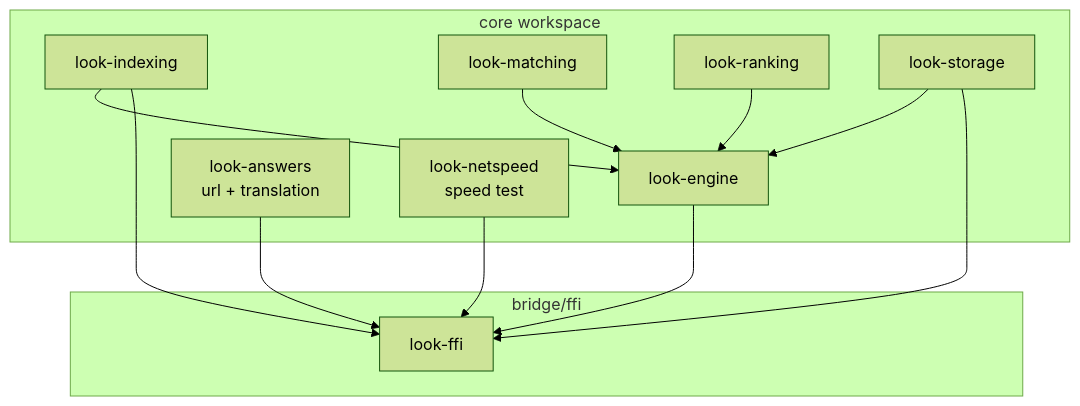
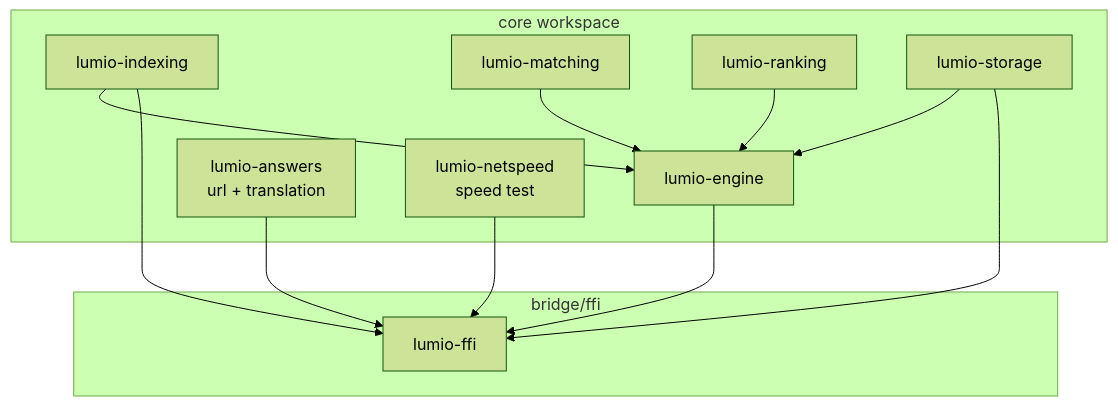
The second of 9 diagrams in docs/architecture.md (cavaldos/Lumio), drawn with Mermaid (forest theme) before and after one commit. The commit also changed other lines of this file and 278 other files, not shown here.

````diff
--- a/docs/architecture.md
+++ b/docs/architecture.md
@@ -64,27 +64,27 @@
 ```mermaid
 flowchart TB
     subgraph CoreWorkspace[core workspace]
-      IDX[look-indexing]
-      MAT[look-matching]
-      RNK[look-ranking]
-      STG[look-storage]
-      ENG[look-engine]
-      ANS[look-answers\nurl + translation]
-      NET[look-netspeed\nspeed test]
+      IDX[lumio-indexing]
+      MAT[lumio-matching]
+      RNK[lumio-ranking]
+      STG[lumio-storage]
+      ENG[lumio-engine]
+      ANS[lumio-answers\nurl + translation]
+      NET[lumio-netspeed\nspeed test]
     end
 
     IDX --> ENG
     MAT --> ENG
     RNK --> ENG
     STG --> ENG
 
     subgraph Bridge[bridge/ffi]
-      FFI[look-ffi]
+      FFI[lumio-ffi]
     end
 
     ENG --> FFI
     IDX --> FFI
     STG --> FFI
     ANS --> FFI
     NET --> FFI
 ```
````
